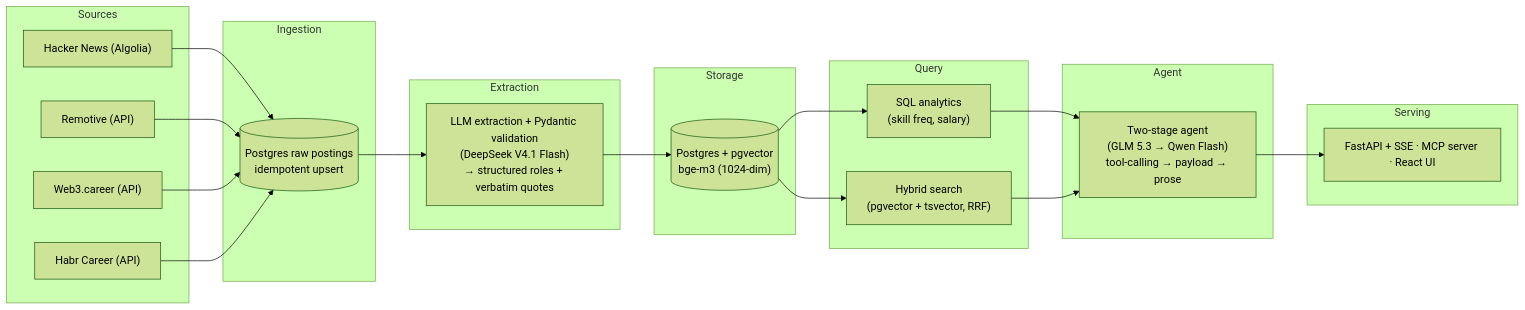
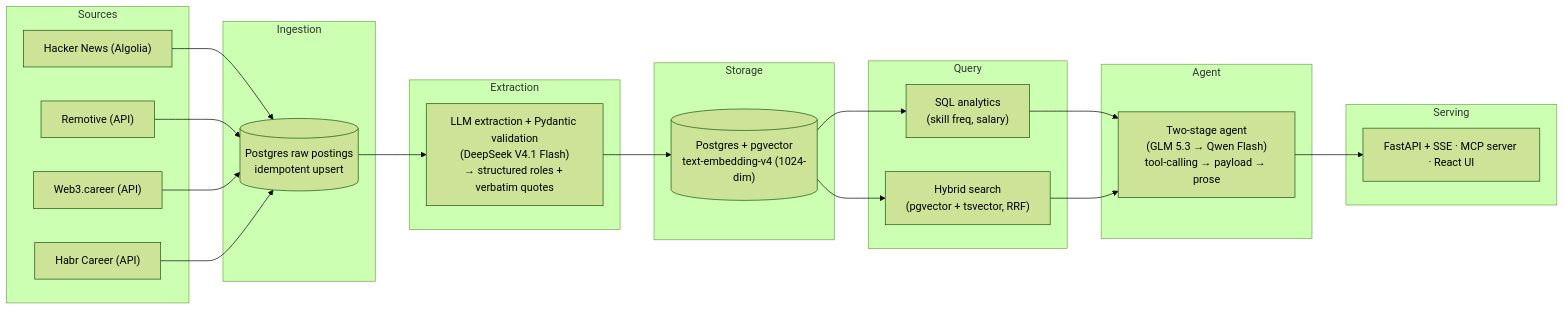
Before and after one commit to IvanWend/techanizer: the diagram in README.md, drawn with Mermaid (forest theme). The commit also changed other lines of this file and 3 other files, not shown here.

````diff
--- a/README.md
+++ b/README.md
@@ -18,35 +15,35 @@
 ```mermaid
 flowchart LR
     subgraph SRC["Sources"]
         hn["Hacker News (Algolia)"]
         rem["Remotive (API)"]
         w3["Web3.career (API)"]
         hab["Habr Career (API)"]
     end
     subgraph INGEST["Ingestion"]
         raw[("Postgres raw postings<br/>idempotent upsert")]
     end
     subgraph EXTRACT["Extraction"]
         ext["LLM extraction + Pydantic validation<br/>(DeepSeek V4.1 Flash)<br/>→ structured roles + verbatim quotes"]
     end
     subgraph STORE["Storage"]
-        db[("Postgres + pgvector<br/>bge-m3 (1024-dim)")]
+        db[("Postgres + pgvector<br/>text-embedding-v4 (1024-dim)")]
     end
     subgraph QUERY["Query"]
         sql["SQL analytics<br/>(skill freq, salary)"]
         vec["Hybrid search<br/>(pgvector + tsvector, RRF)"]
     end
     subgraph AGENT["Agent"]
         agent["Two-stage agent<br/>(GLM 5.3 → Qwen Flash)<br/>tool-calling → payload → prose"]
     end
     subgraph SERVE["Serving"]
         ui["FastAPI + SSE · MCP server · React UI"]
     end
 
     hn & rem & w3 & hab --> raw
     raw --> ext
     ext --> db
     db --> sql & vec
     sql & vec --> agent
     agent --> ui
 ```
````
